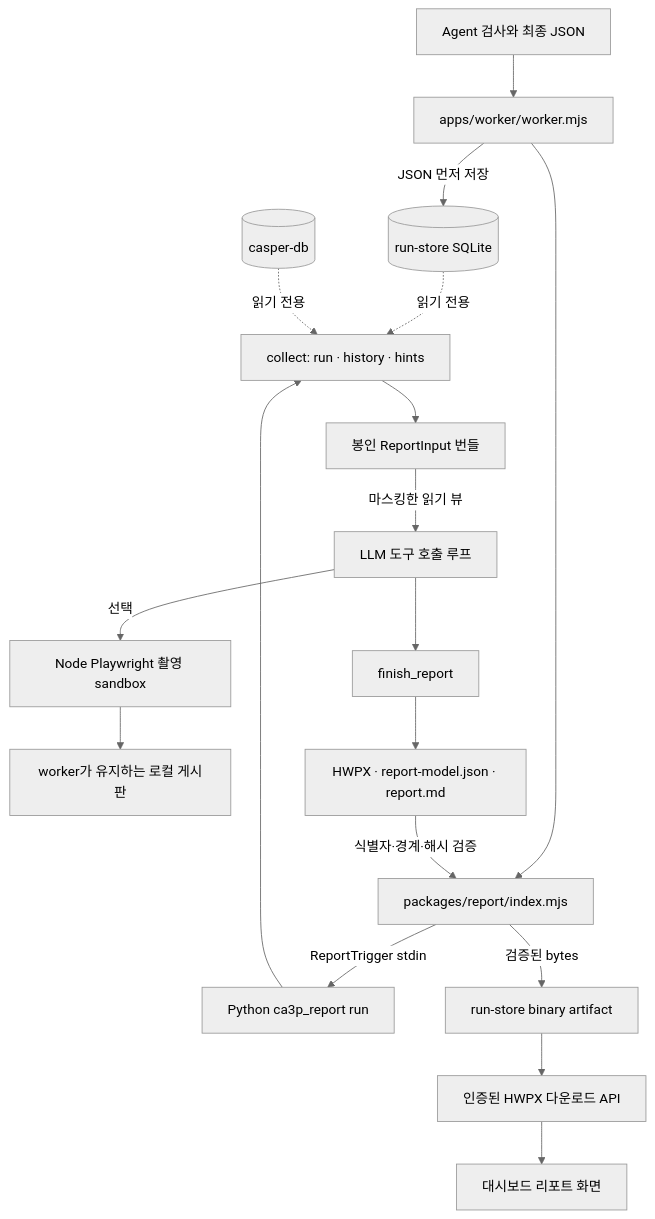
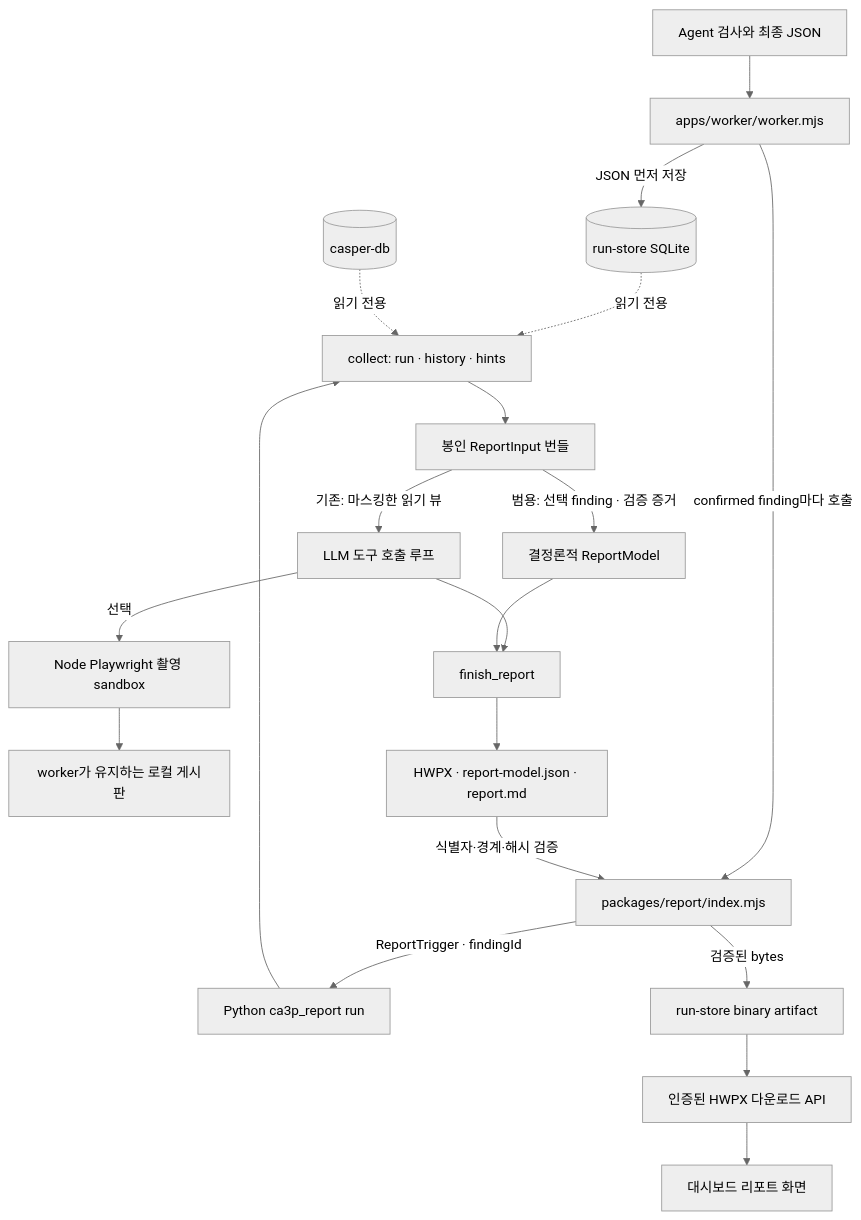
The diagram in packages/report/ARCHITECTURE.md (typemnm/FSL-CA3P), drawn with Mermaid (neutral theme) before and after one commit. The commit also changed other lines of this file and 26 other files, not shown here.

Commit message:
feat: generate HWPX for confirmed general findings

````diff
--- a/packages/report/ARCHITECTURE.md
+++ b/packages/report/ARCHITECTURE.md
@@ -9,19 +10,21 @@
 ```mermaid
 flowchart TB
   CORE[Agent 검사와 최종 JSON] --> WORKER[apps/worker/worker.mjs]
   WORKER -->|JSON 먼저 저장| STORE[(run-store SQLite)]
-  WORKER --> RUNNER[packages/report/index.mjs]
-  RUNNER -->|ReportTrigger stdin| CLI[Python ca3p_report run]
+  WORKER -->|confirmed finding마다 호출| RUNNER[packages/report/index.mjs]
+  RUNNER -->|ReportTrigger · findingId| CLI[Python ca3p_report run]
   STORE -. 읽기 전용 .-> COLLECT[collect: run · history · hints]
   HISTORY[(casper-db)] -. 읽기 전용 .-> COLLECT
   CLI --> COLLECT --> BUNDLE[봉인 ReportInput 번들]
-  BUNDLE -->|마스킹한 읽기 뷰| LLM[LLM 도구 호출 루프]
+  BUNDLE -->|범용: 선택 finding · 검증 증거| GENERAL[결정론적 ReportModel]
+  BUNDLE -->|기존: 마스킹한 읽기 뷰| LLM[LLM 도구 호출 루프]
   LLM -->|선택| CAPTURE[Node Playwright 촬영 sandbox]
   CAPTURE --> TARGET[worker가 유지하는 로컬 게시판]
   LLM --> FINISH[finish_report]
+  GENERAL --> FINISH
   FINISH --> FILES[HWPX · report-model.json · report.md]
   FILES -->|식별자·경계·해시 검증| RUNNER
   RUNNER -->|검증된 bytes| ARTIFACT[run-store binary artifact]
   ARTIFACT --> API[인증된 HWPX 다운로드 API]
   API --> UI[대시보드 리포트 화면]
 ```
````
